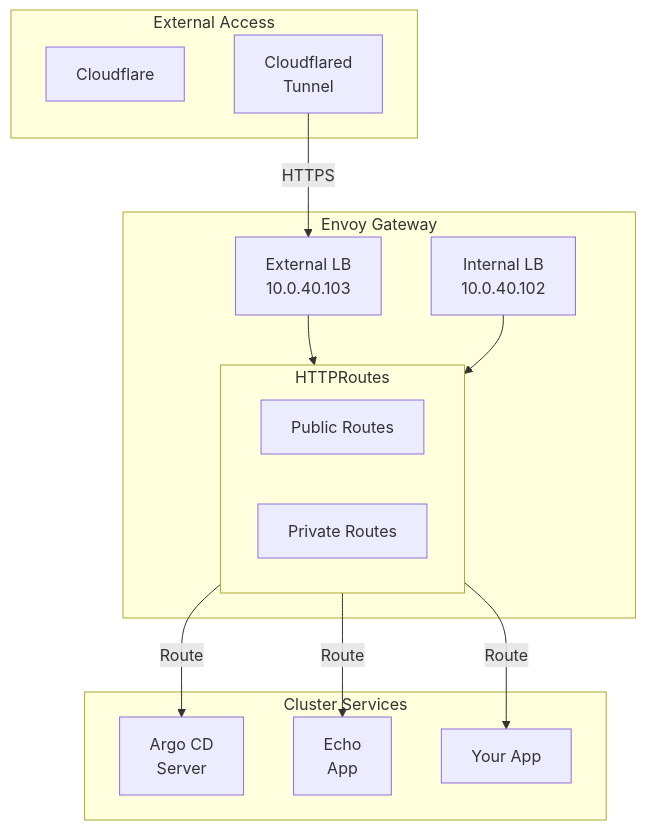
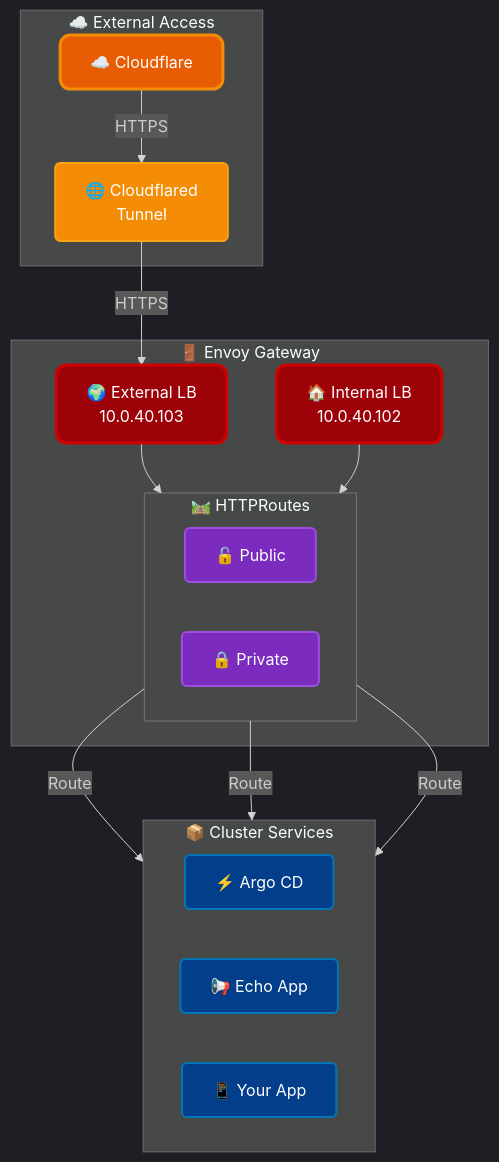
One commit to fabricesemti80/home-argo-cluster-2025 changed the fifth of 13 diagrams in docs/architecture.md. Above: the diagram before and after it, drawn with Mermaid. The commit also changed other lines of this file, not shown here.

First line of the commit message:
docs(architecture): add dark theme styling to Mermaid diagrams

````diff
--- a/docs/architecture.md
+++ b/docs/architecture.md
@@ -170,31 +215,42 @@
 ```mermaid
+%%{init: {'theme': 'dark'}}%%
 flowchart TB
-    subgraph External["External Access"]
-        CF[Cloudflare]
-        Tunnel[Cloudflared<br/>Tunnel]
+    %% Styles
+    classDef cloud fill:#e85d04,stroke:#f48c06,stroke-width:3px,color:#fff,rx:10
+    classDef tunnel fill:#f48c06,stroke:#fca311,stroke-width:2px,color:#fff,rx:5
+    classDef gateway fill:#9d0208,stroke:#d00000,stroke-width:3px,color:#fff,rx:10
+    classDef route fill:#7b2cbf,stroke:#9d4edd,stroke-width:2px,color:#fff,rx:5
+    classDef service fill:#023e8a,stroke:#0077b6,stroke-width:2px,color:#fff,rx:5
+    
+    subgraph External["☁️ External Access"]
+        CF["☁️ Cloudflare"]:::cloud
+        Tunnel["🌐 Cloudflared<br/>Tunnel"]:::tunnel
     end
     
-    subgraph Gateway["Envoy Gateway"]
-        ExtLB["External LB<br/>10.0.40.103"]
-        IntLB["Internal LB<br/>10.0.40.102"]
+    subgraph Gateway["🚪 Envoy Gateway"]
+        ExtLB["🌍 External LB<br/>10.0.40.103"]:::gateway
+        IntLB["🏠 Internal LB<br/>10.0.40.102"]:::gateway
         
-        subgraph Routes["HTTPRoutes"]
-            PubRoute[Public Routes]
-            PrivRoute[Private Routes]
+        subgraph Routes["🛤️ HTTPRoutes"]
+            direction LR
+            Pub["🔓 Public"]:::route
+            Priv["🔒 Private"]:::route
         end
         
         ExtLB --> Routes
         IntLB --> Routes
     end
     
-    subgraph Services["Cluster Services"]
-        ArgoSVC[Argo CD<br/>Server]
-        EchoSVC[Echo<br/>App]
-        CustomSVC[Your App]
+    subgraph ClusterServices["📦 Cluster Services"]
+        direction LR
+        ArgoSVC["⚡ Argo CD"]:::service
+        EchoSVC["📢 Echo App"]:::service
+        CustomSVC["📱 Your App"]:::service
     end
     
-    Tunnel -->|HTTPS| ExtLB
-    Routes -->|Route| ArgoSVC
-    Routes -->|Route| EchoSVC
-    Routes -->|Route| CustomSVC
+    CF -->|"HTTPS"| Tunnel
+    Tunnel -->|"HTTPS"| ExtLB
+    Routes -->|"Route"| ArgoSVC
+    Routes -->|"Route"| EchoSVC
+    Routes -->|"Route"| CustomSVC
 ```
````
